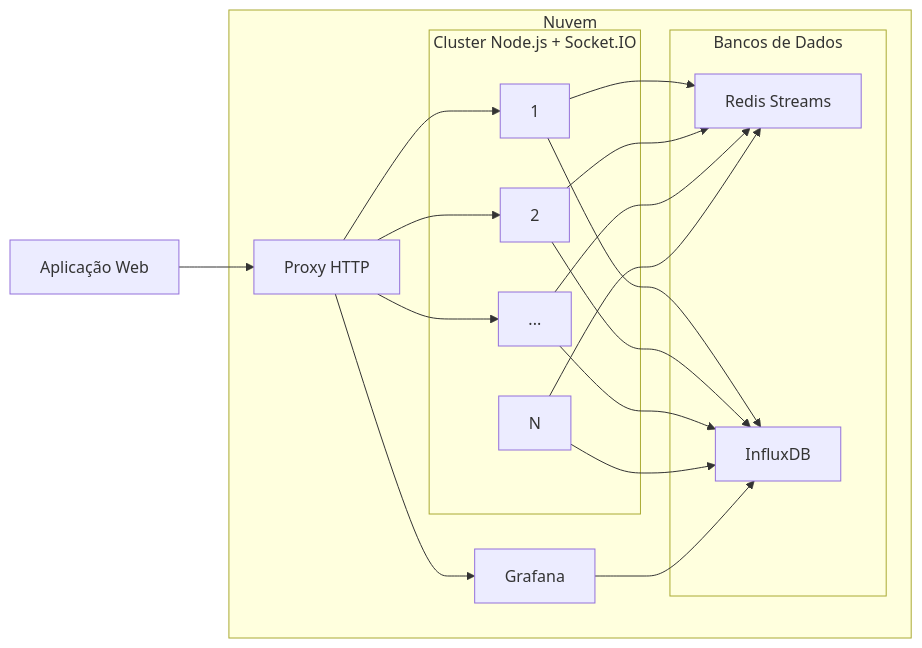
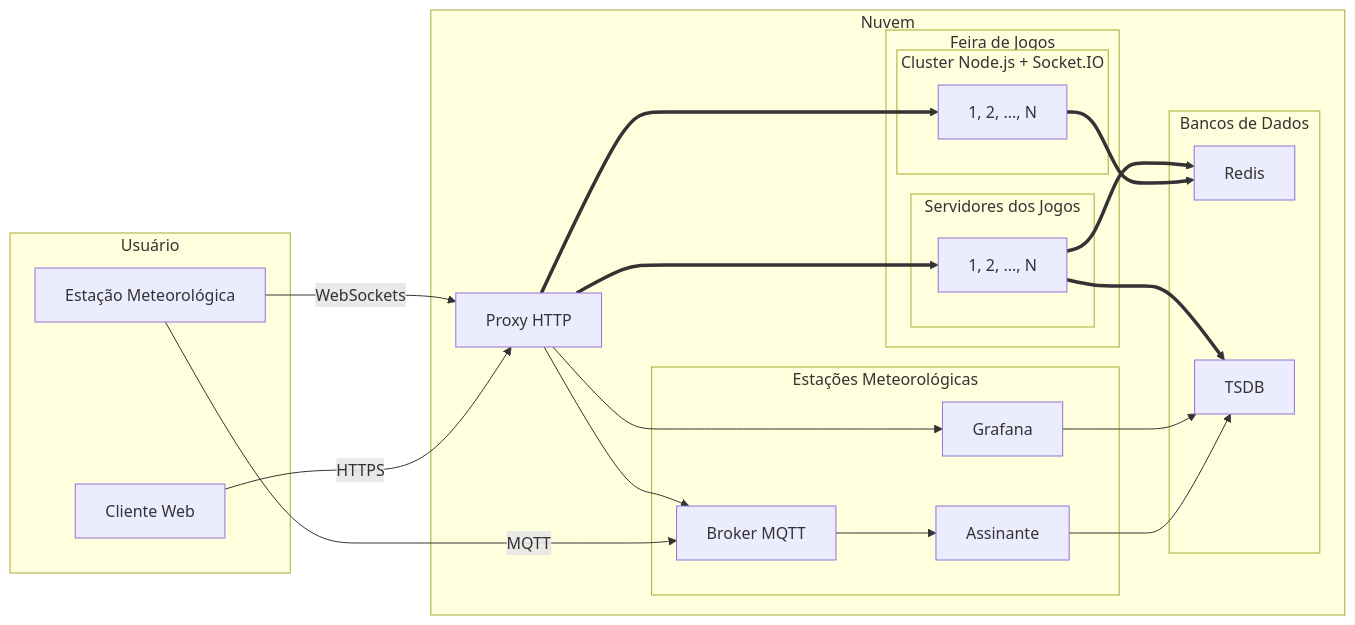
The diagram in docs/v3/README.md (pi2-2025-2/feira-de-jogos), drawn with Mermaid before and after one commit.

Commit message:
Melhorar arquitetura da feira de jogos #22

````diff
--- a/docs/v3/README.md
+++ b/docs/v3/README.md
@@ -41,38 +41,52 @@
 ```mermaid
 flowchart LR
-  A[Aplicação Web]
 
-  subgraph Nuvem
-    B[Proxy HTTP]
+subgraph Usuário
+  A[Cliente Web]
+  B[Estação Meteorológica]
+end
 
+subgraph Nuvem
+  C[Proxy HTTP]
+
+  subgraph Estações Meteorológicas
+    D[Broker MQTT]
+    F[Assinante]
+    J[Grafana]
+  end
+
+  subgraph Feira de Jogos
     subgraph Cluster Node.js + Socket.IO
-      C1[1]
-      C2[2]
-      C3[...]
-      C4[N]
+      G[1, 2, ..., N]
     end
 
-    E[Grafana]
-
-    subgraph Bancos de Dados
-    D[Redis Streams]
-      F[InfluxDB]
+    subgraph Servidores dos Jogos
+      I[1, 2, ..., N]
     end
   end
 
-  A --> B
-  B --> C1
-  B --> C2
-  B --> C3
-  C1 --> D
-  C2 --> D
-  C3 --> D
-  C4 --> D
+  subgraph Bancos de Dados
+    H[Redis]
+    E[TSDB]
+  end
+end
 
-  B--> E
-  C1 --> F
-  C2 --> F
-  C3 --> F
-  C4 --> F
-  E --> F
+A --> |HTTPS| C
+B --> |WebSockets| C
+B --> |MQTT| D
+
+C --> D
+D --> F
+F --> E
+
+C ==> G
+G ==> H
+
+C ==> I
+I ==> H
+
+C --> J
+J --> E
+
+I ==> E
 ```
````
